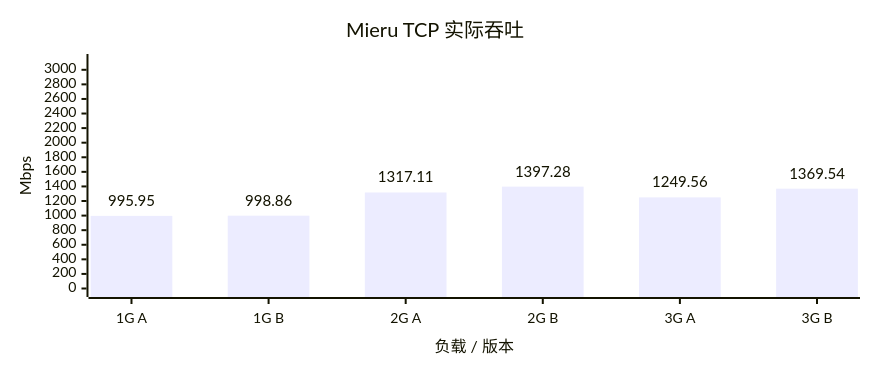
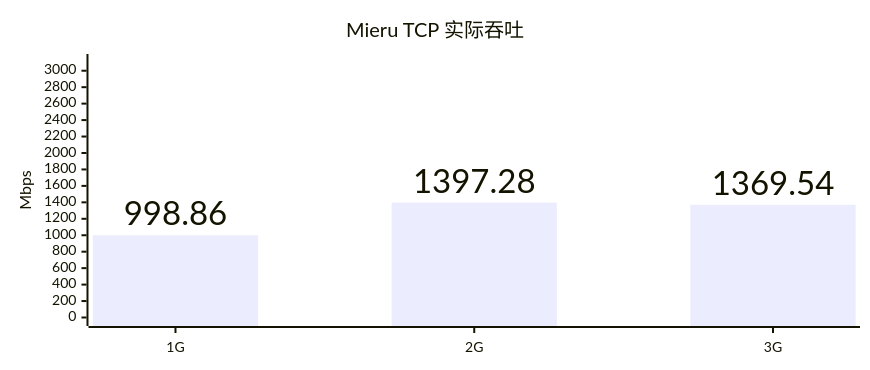
One commit to YuanDevTeam/Vole changed diagram 15 of 18 in docs/benchmark.md. Above: the diagram before and after it, drawn with Mermaid. The commit also changed other lines of this file and 14 other files, not shown here.

````diff
--- a/docs/benchmark.md
+++ b/docs/benchmark.md
@@ -289,15 +289,15 @@
 ```mermaid
 ---
 config:
   xyChart:
     width: 850
     height: 350
     showDataLabel: true
     showDataLabelOutsideBar: true
 ---
 xychart
     title "Mieru TCP 实际吞吐"
-    x-axis "负载 / 版本" ["1G A", "1G B", "2G A", "2G B", "3G A", "3G B"]
+    x-axis ["1G", "2G", "3G"]
     y-axis "Mbps" 0 --> 3100
-    bar [995.95, 998.86, 1317.11, 1397.28, 1249.56, 1369.54]
+    bar [998.86, 1397.28, 1369.54]
 ```
````
